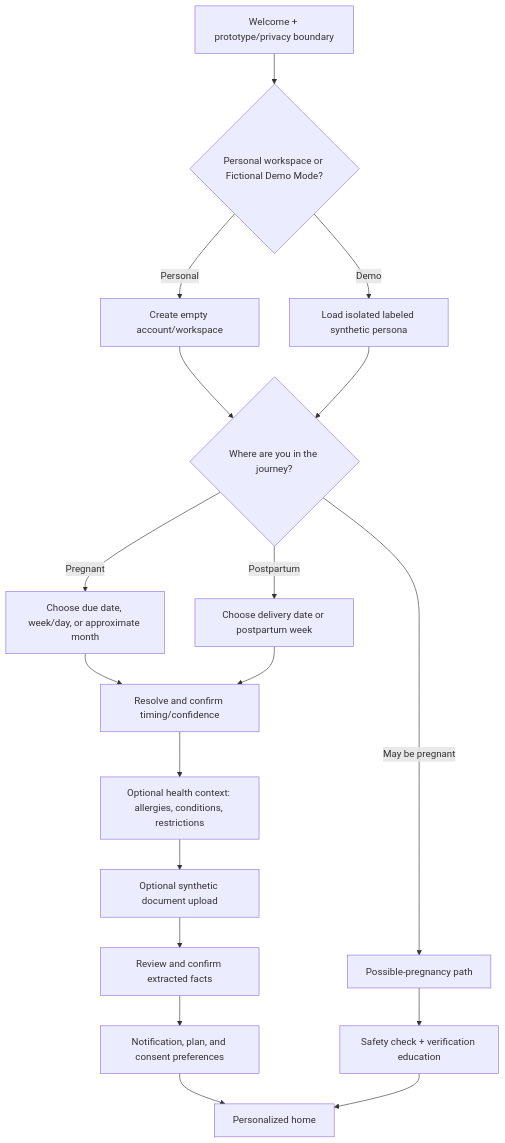
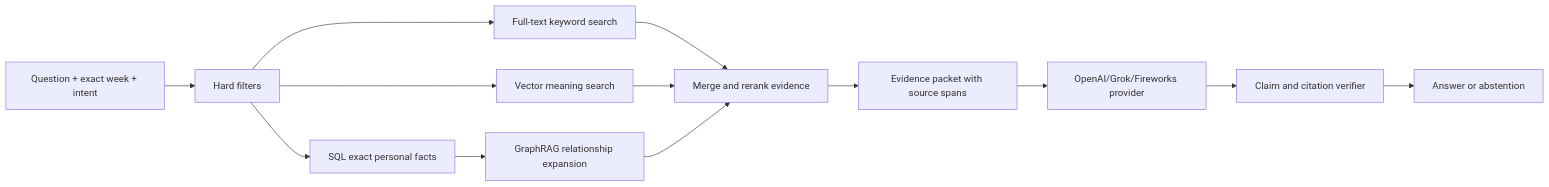
Before and after one commit to ASWATHHARISH/nestline: the third of 4 diagrams in docs/Nestline updated architecture.md, drawn with Mermaid. The commit also changed other lines of this file, not shown here.

````diff
--- a/docs/Nestline updated architecture.md
+++ b/docs/Nestline updated architecture.md
@@ -479,20 +450,15 @@
 ```mermaid
-flowchart TD
-    A["Welcome + prototype/privacy boundary"] --> B{"Personal workspace or Fictional Demo Mode?"}
-    B -->|Personal| C["Create empty account/workspace"]
-    B -->|Demo| D["Load isolated labeled synthetic persona"]
-    C --> E{"Where are you in the journey?"}
-    D --> E
-    E -->|May be pregnant| P["Possible-pregnancy path"]
-    E -->|Pregnant| T["Choose due date, week/day, or approximate month"]
-    E -->|Postpartum| PP["Choose delivery date or postpartum week"]
-    T --> V["Resolve and confirm timing/confidence"]
-    PP --> V
-    P --> S["Safety check + verification education"]
-    V --> H["Optional health context: allergies, conditions, restrictions"]
-    H --> DOC["Optional synthetic document upload"]
-    DOC --> CONF["Review and confirm extracted facts"]
-    CONF --> PREF["Notification, plan, and consent preferences"]
-    PREF --> HOME["Personalized home"]
-    S --> HOME
+flowchart LR
+    Q["Question + exact week + intent"] --> F["Hard filters"]
+    F --> SQL["SQL exact personal facts"]
+    F --> TXT["Full-text keyword search"]
+    F --> VEC["Vector meaning search"]
+    SQL --> GR["GraphRAG relationship expansion"]
+    TXT --> R["Merge and rerank evidence"]
+    VEC --> R
+    GR --> R
+    R --> PKT["Evidence packet with source spans"]
+    PKT --> LLM["OpenAI/Grok/Fireworks provider"]
+    LLM --> VER["Claim and citation verifier"]
+    VER --> OUT["Answer or abstention"]
 ```
````
